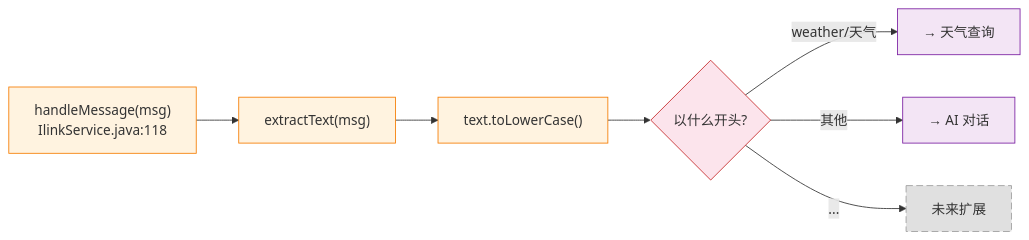
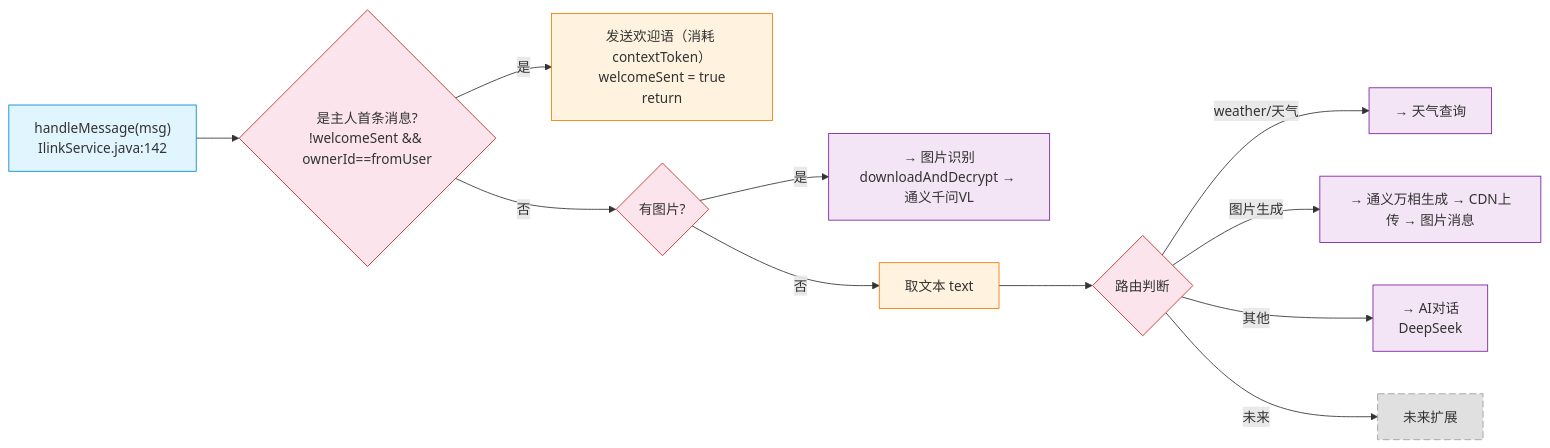
Before and after one commit to lys-123-qwe/Agent: the fourth of 11 diagrams in ilink-flowchart.md, drawn with Mermaid. The commit also changed other lines of this file and 3 other files, not shown here.

Commit message:
欢迎信息及流程图完善

````diff
--- a/ilink-flowchart.md
+++ b/ilink-flowchart.md
@@ -99,17 +100,20 @@
 ```mermaid
 flowchart LR
-    H["handleMessage(msg)<br>IlinkService.java:118"]:::process
-    T["extractText(msg)"]:::process
-    L["text.toLowerCase()"]:::process
-    H --> T --> L
-    D{"以什么开头?"}:::decision
-    L --> D
-    D --> |"weather/天气"| W["→ 天气查询"]:::external
-    D --> |"其他"| A["→ AI 对话"]:::external
-    D --> |"..."| F["未来扩展"]:::future
+    H["handleMessage(msg)<br>IlinkService.java:142"]:::entry
+    H --> W{"是主人首条消息?<br>!welcomeSent && ownerId==fromUser"}:::decision
+    W --> |"是"| WS["发送欢迎语（消耗 contextToken）<br>welcomeSent = true<br>return"]:::process
+    W --> |"否"| IMG{"有图片?"}:::decision
+    IMG --> |"是"| IR["→ 图片识别<br>downloadAndDecrypt → 通义千问VL"]:::external
+    IMG --> |"否"| T["取文本 text"]:::process
+    T --> R{"路由判断"}:::decision
+    R --> |"weather/天气"| WE["→ 天气查询"]:::external
+    R --> |"图片生成"| IG["→ 通义万相生成 → CDN上传 → 图片消息"]:::external
+    R --> |"其他"| AI["→ AI对话<br>DeepSeek"]:::external
+    R --> |"未来"| FT["未来扩展"]:::future
 
+    classDef entry fill:#e1f5fe,stroke:#0288d1;
     classDef process fill:#fff3e0,stroke:#f57c00;
     classDef decision fill:#fce4ec,stroke:#c62828;
     classDef external fill:#f3e5f5,stroke:#7b1fa2;
     classDef future fill:#e0e0e0,stroke:#9e9e9e,stroke-dasharray:8 4;
 ```
````
